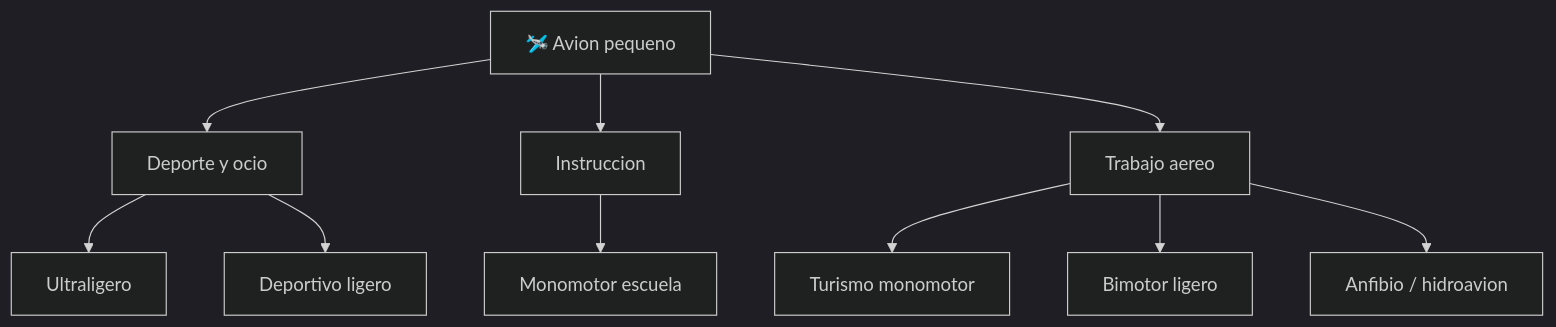
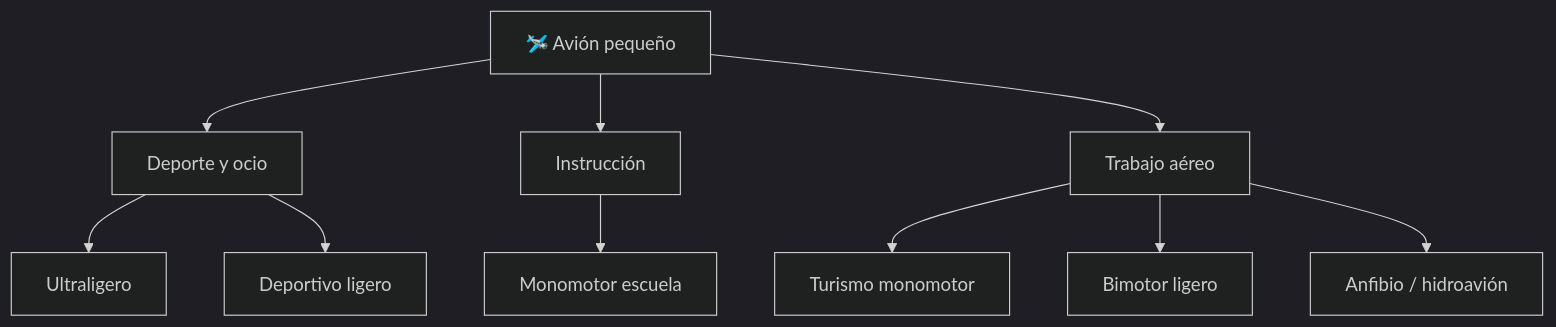
One commit to vladimiracunadev-create/machine-operator-program changed the diagram in vehiculos/aviones-pequenos/operacion/caracteristicas-avion-pequeno.md. Above: the diagram before and after it, drawn with Mermaid (dark theme). The commit also changed other lines of this file and 442 other files, not shown here.

````diff
--- a/vehiculos/aviones-pequenos/operacion/caracteristicas-avion-pequeno.md
+++ b/vehiculos/aviones-pequenos/operacion/caracteristicas-avion-pequeno.md
@@ -34,12 +34,12 @@
 ```mermaid
 flowchart TD
-    Avion[🛩️ Avion pequeno] --> Deporte[Deporte y ocio]
-    Avion --> Instruccion[Instruccion]
-    Avion --> Trabajo[Trabajo aereo]
+    Avion[🛩️ Avión pequeño] --> Deporte[Deporte y ocio]
+    Avion --> Instruccion[Instrucción]
+    Avion --> Trabajo[Trabajo aéreo]
     Deporte --> Ultra[Ultraligero]
     Deporte --> LSA[Deportivo ligero]
     Instruccion --> Mono[Monomotor escuela]
     Trabajo --> Turismo[Turismo monomotor]
     Trabajo --> Bimotor[Bimotor ligero]
-    Trabajo --> Anfibio[Anfibio / hidroavion]
+    Trabajo --> Anfibio[Anfibio / hidroavión]
 ```
````
